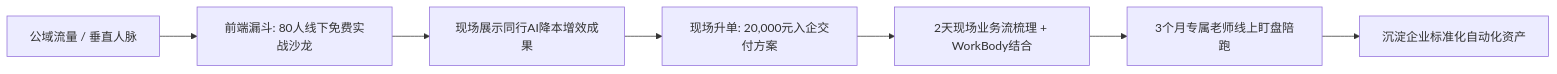
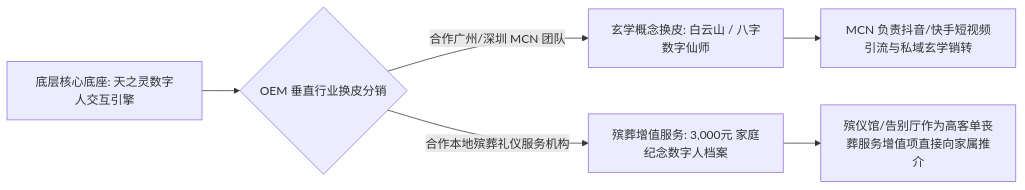
The third of 3 diagrams in content/live-20261108-daowen-01.md (dollarser/knowledge), drawn with Mermaid before and after one commit. The commit also changed other lines of this file and 4 other files, not shown here.

````diff
--- a/content/live-20261108-daowen-01.md
+++ b/content/live-20261108-daowen-01.md
@@ -136,9 +141,8 @@
 ```mermaid
 flowchart LR
-    A[公域流量 / 垂直人脉] --> B[前端漏斗: 80人线下免费实战沙龙]
-    B --> C[现场展示同行AI降本增效成果]
-    C --> D[现场升单: 20,000元入企交付方案]
-    D --> E[2天现场业务流梳理 + WorkBody结合]
-    E --> F[3个月专属老师线上盯盘陪跑]
-    F --> G[沉淀企业标准化自动化资产]
+    A[底层核心底座: 天之灵数字人交互引擎] --> B{OEM 垂直行业换皮分销}
+    B -->|合作广州/深圳 MCN 团队| C[玄学概念换皮: 白云山 / 八字数字仙师]
+    B -->|合作本地殡葬礼仪服务机构| D[殡葬增值服务: 3,000元 家庭纪念数字人档案]
+    C --> E[MCN 负责抖音/快手短视频引流与私域玄学销转]
+    D --> F[殡仪馆/告别厅作为高客单丧葬服务增值项直接向家属推介]
 ```
````
